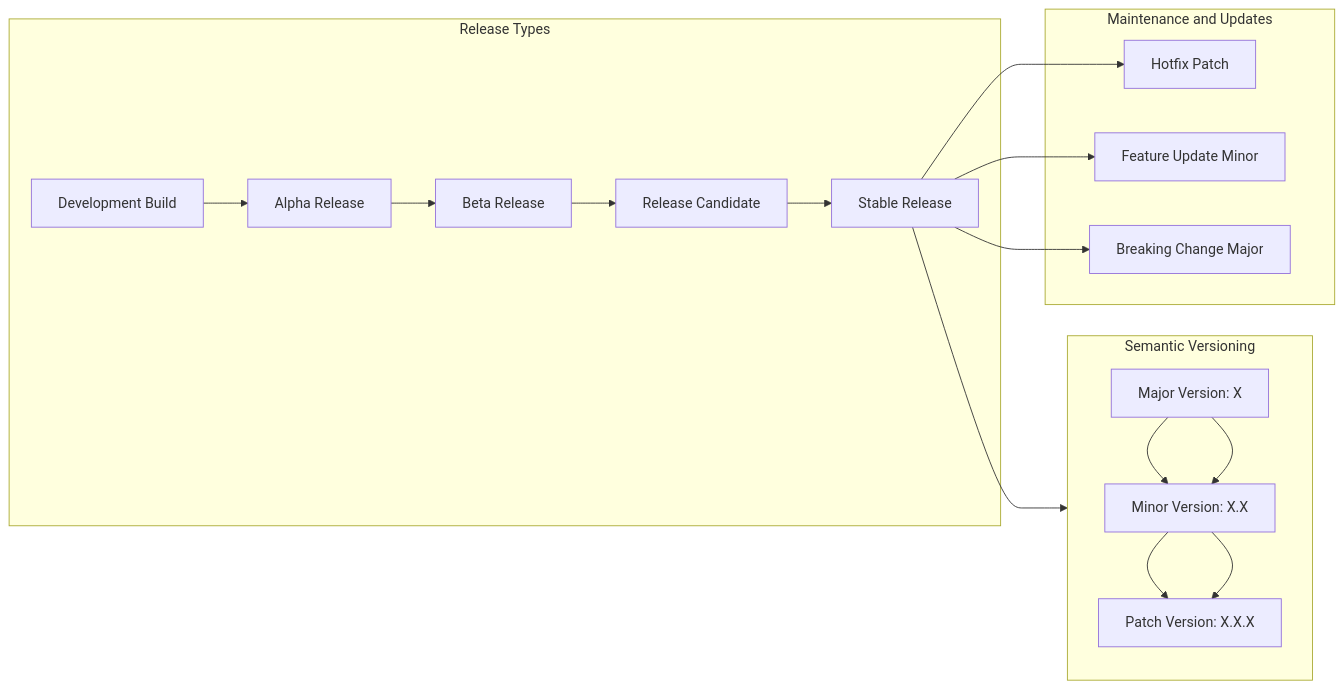
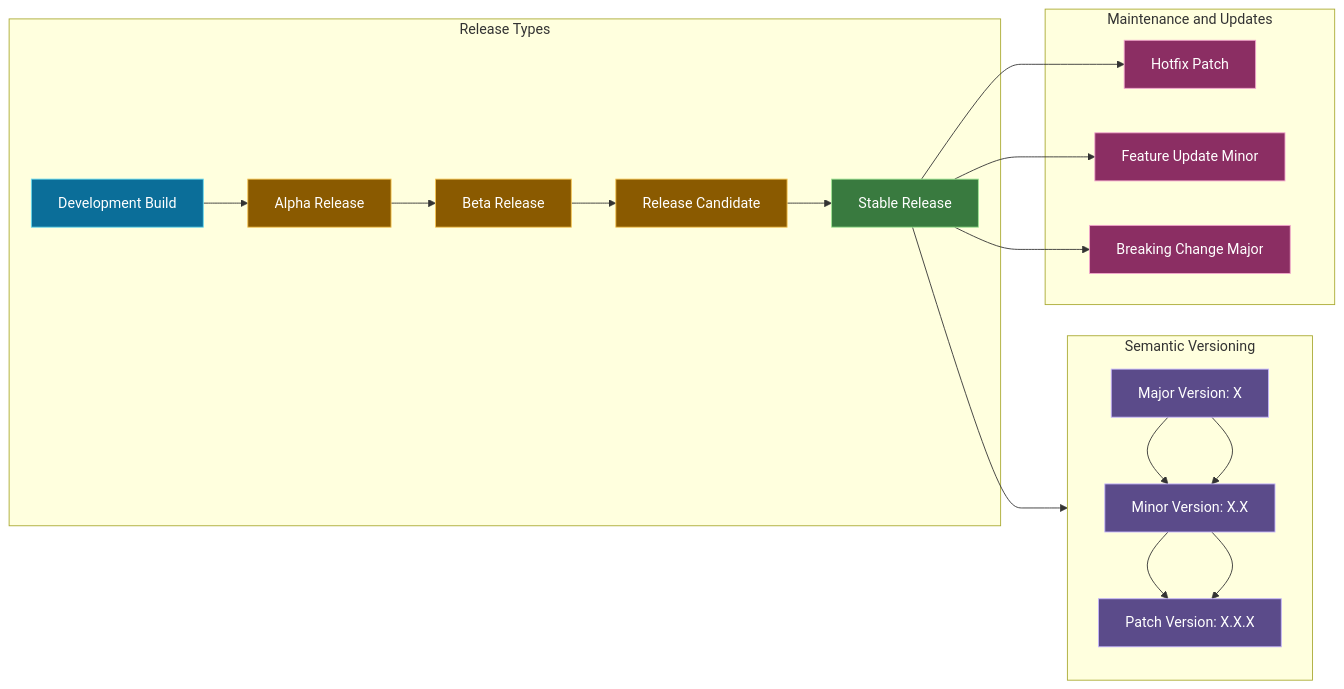
The second of 2 diagrams in profile/README.md (Cloud2BR-MSFTLearningHub/.github), drawn with Mermaid before and after one commit. The commit also changed other lines of this file, not shown here.

Commit message:
Add color to Learning Hub diagrams

````diff
--- a/profile/README.md
+++ b/profile/README.md
@@ -79,24 +88,35 @@
 ```mermaid
 flowchart LR
   subgraph Versioning[Semantic Versioning]
     Major[Major Version: X] --> Minor[Minor Version: X.X]
     Minor --> Patch[Patch Version: X.X.X]
   end
 
   subgraph Release_Types[Release Types]
     DevBuild[Development Build] --> Alpha[Alpha Release]
     Alpha --> Beta[Beta Release]
     Beta --> RC[Release Candidate]
     RC --> Stable[Stable Release]
   end
 
   subgraph Maintenance[Maintenance and Updates]
     Stable --> Hotfix[Hotfix Patch]
     Stable --> FeatureUpdate[Feature Update Minor]
     Stable --> BreakingChange[Breaking Change Major]
   end
 
   Major --> Minor
   Minor --> Patch
   Stable --> Versioning
+
+  classDef build fill:#0B6E99,stroke:#66D9EF,color:#FFFFFF
+  classDef preview fill:#8A5A00,stroke:#F5C451,color:#FFFFFF
+  classDef release fill:#397A3F,stroke:#9EE493,color:#FFFFFF
+  classDef maintenance fill:#8B2E63,stroke:#F3A6CD,color:#FFFFFF
+  classDef versioning fill:#5B4B8A,stroke:#C4B5FD,color:#FFFFFF
+  class DevBuild build
+  class Alpha,Beta,RC preview
+  class Stable release
+  class Hotfix,FeatureUpdate,BreakingChange maintenance
+  class Major,Minor,Patch versioning
 ```
````
